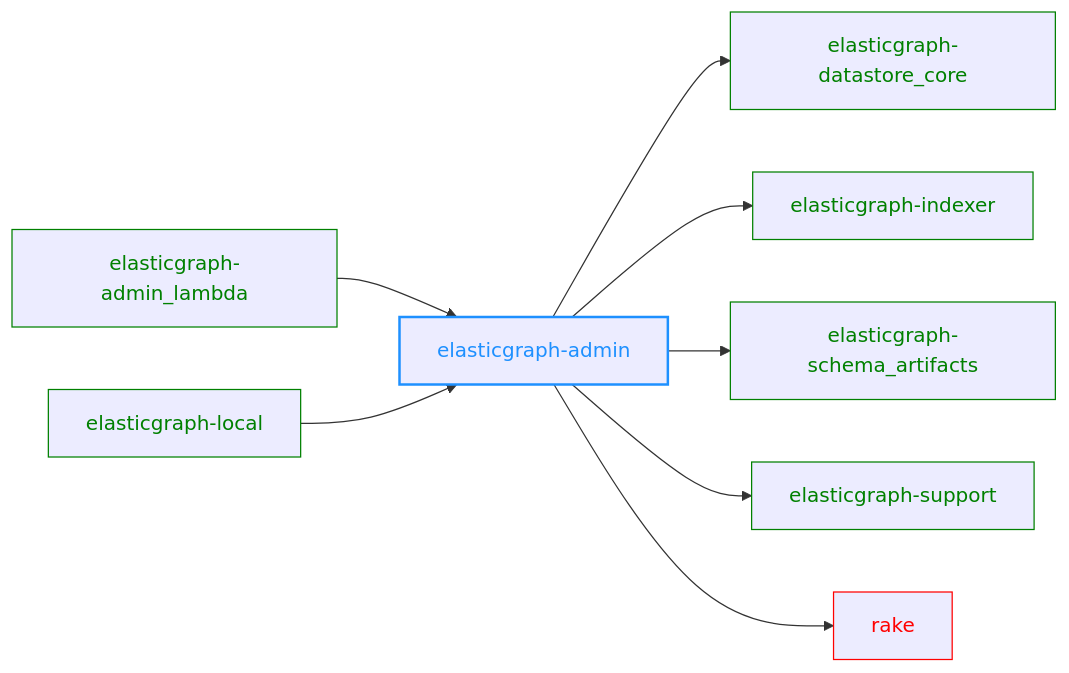
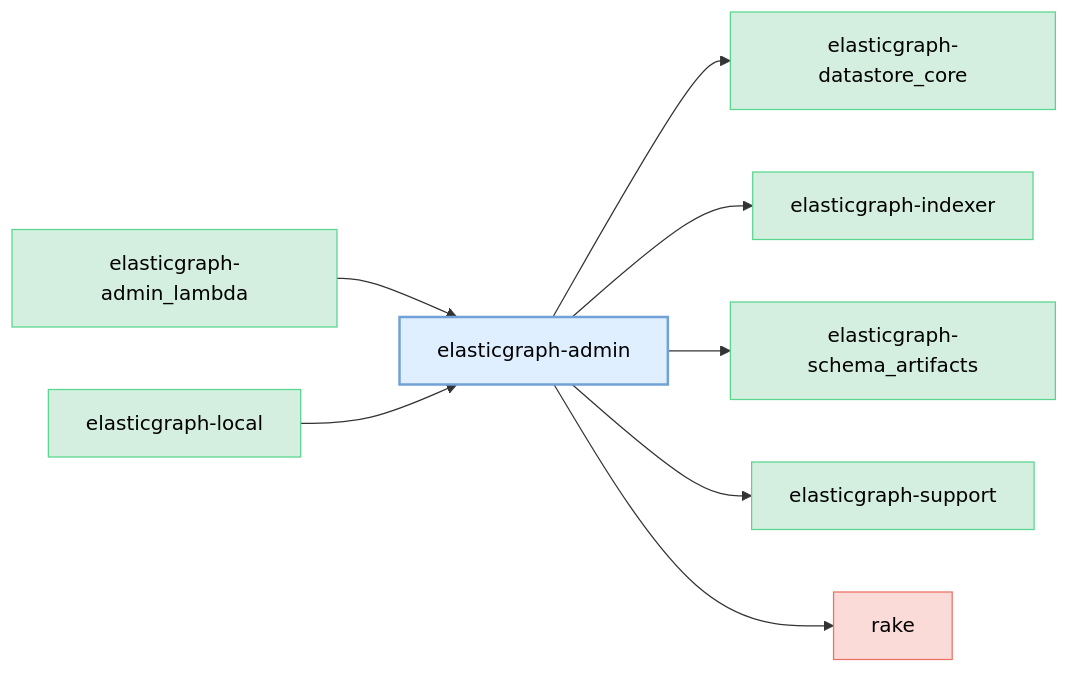
One commit to block/elasticgraph changed the diagram in elasticgraph-admin/README.md. Above: the diagram before and after it, drawn with Mermaid. The commit also changed 23 other files, not shown here.

````diff
--- a/elasticgraph-admin/README.md
+++ b/elasticgraph-admin/README.md
@@ -7,27 +7,30 @@
 ```mermaid
 graph LR;
+    classDef currentGemStyle fill:#E0EFFF,stroke:#70A1D7,color:#000,stroke-width:2px;
+    classDef internalEgGemStyle fill:#D4EFDF,stroke:#58D68D,color:#000;
+    classDef externalGemStyle fill:#FADBD8,stroke:#EC7063,color:#000;
     elasticgraph-admin["elasticgraph-admin"];
+    class elasticgraph-admin currentGemStyle;
     elasticgraph-datastore_core["elasticgraph-datastore_core"];
     elasticgraph-admin --> elasticgraph-datastore_core;
+    class elasticgraph-datastore_core internalEgGemStyle;
     elasticgraph-indexer["elasticgraph-indexer"];
     elasticgraph-admin --> elasticgraph-indexer;
+    class elasticgraph-indexer internalEgGemStyle;
     elasticgraph-schema_artifacts["elasticgraph-schema_artifacts"];
     elasticgraph-admin --> elasticgraph-schema_artifacts;
+    class elasticgraph-schema_artifacts internalEgGemStyle;
     elasticgraph-support["elasticgraph-support"];
     elasticgraph-admin --> elasticgraph-support;
+    class elasticgraph-support internalEgGemStyle;
     rake["rake"];
     elasticgraph-admin --> rake;
+    class rake externalGemStyle;
     elasticgraph-admin_lambda["elasticgraph-admin_lambda"];
     elasticgraph-admin_lambda --> elasticgraph-admin;
+    class elasticgraph-admin_lambda internalEgGemStyle;
     elasticgraph-local["elasticgraph-local"];
     elasticgraph-local --> elasticgraph-admin;
-    style elasticgraph-admin color:DodgerBlue,stroke-width:2px,stroke:DodgerBlue;
-    style elasticgraph-datastore_core color:Green,stroke:Green;
-    style elasticgraph-indexer color:Green,stroke:Green;
-    style elasticgraph-schema_artifacts color:Green,stroke:Green;
-    style elasticgraph-support color:Green,stroke:Green;
-    style rake color:Red,stroke:Red;
-    style elasticgraph-admin_lambda color:Green,stroke:Green;
-    style elasticgraph-local color:Green,stroke:Green;
+    class elasticgraph-local internalEgGemStyle;
     click rake href "https://rubygems.org/gems/rake" "Open on RubyGems.org" _blank;
 ```
````
